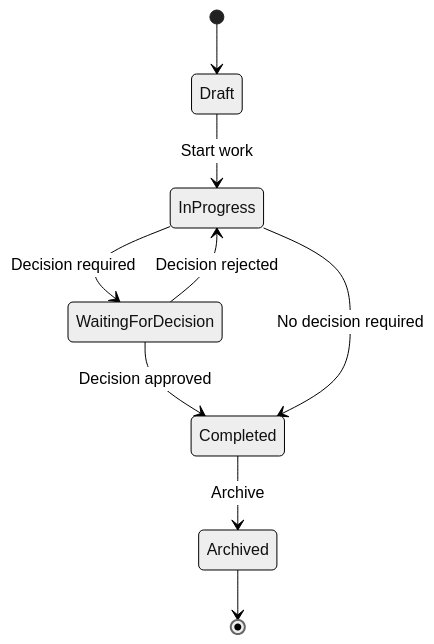
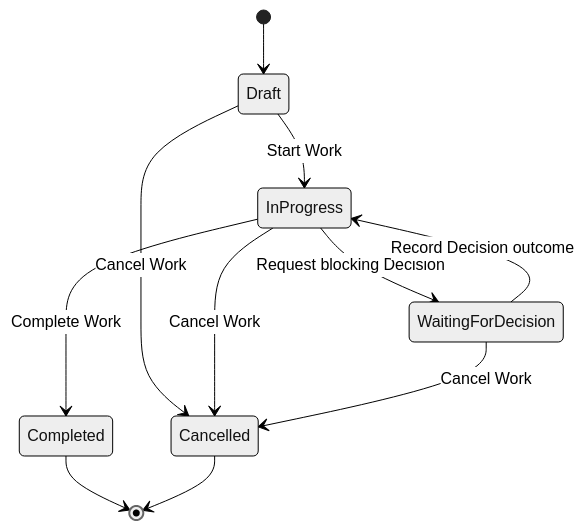
The diagram in docs/architecture/state-machines/work.md (kaitoika1209/AIOS-Repository-v1.0), drawn with Mermaid (neutral theme) before and after one commit. The commit also changed other lines of this file, not shown here.

````diff
--- a/docs/architecture/state-machines/work.md
+++ b/docs/architecture/state-machines/work.md
@@ -15,16 +43,13 @@
 ```mermaid
 stateDiagram-v2
     [*] --> Draft
-
-    Draft --> InProgress : Start work
-
-    InProgress --> WaitingForDecision : Decision required
-    WaitingForDecision --> InProgress : Decision rejected
-    WaitingForDecision --> Completed : Decision approved
-
-    InProgress --> Completed : No decision required
-
-    Completed --> Archived : Archive
-
-    Archived --> [*]
+    Draft --> InProgress : Start Work
+    Draft --> Cancelled : Cancel Work
+    InProgress --> WaitingForDecision : Request blocking Decision
+    InProgress --> Completed : Complete Work
+    InProgress --> Cancelled : Cancel Work
+    WaitingForDecision --> InProgress : Record Decision outcome
+    WaitingForDecision --> Cancelled : Cancel Work
+    Completed --> [*]
+    Cancelled --> [*]
 ```
````
